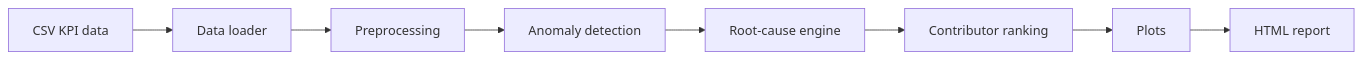
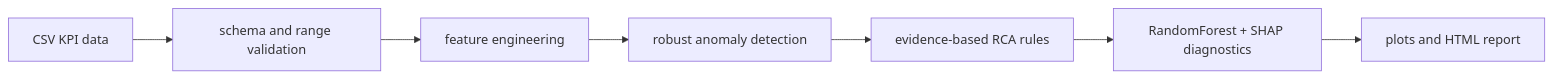
Before and after one commit to WW6889/ran-kpi-root-cause-analyzer: the diagram in README.md, drawn with Mermaid. The commit also changed other lines of this file and 41 other files, not shown here.

````diff
--- a/README.md
+++ b/README.md
@@ -29,10 +55,9 @@
 ```mermaid
 flowchart LR
-    A[CSV KPI data] --> B[Data loader]
-    B --> C[Preprocessing]
-    C --> D[Anomaly detection]
-    D --> E[Root-cause engine]
-    E --> F[Contributor ranking]
-    F --> G[Plots]
-    G --> H[HTML report]
+    A["CSV KPI data"] --> B["schema and range validation"]
+    B --> C["feature engineering"]
+    C --> D["robust anomaly detection"]
+    D --> E["evidence-based RCA rules"]
+    E --> F["RandomForest + SHAP diagnostics"]
+    F --> G["plots and HTML report"]
 ```
````
